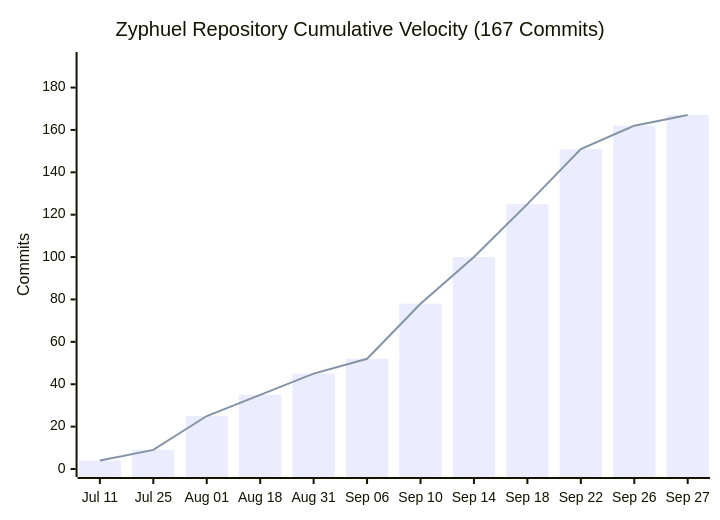
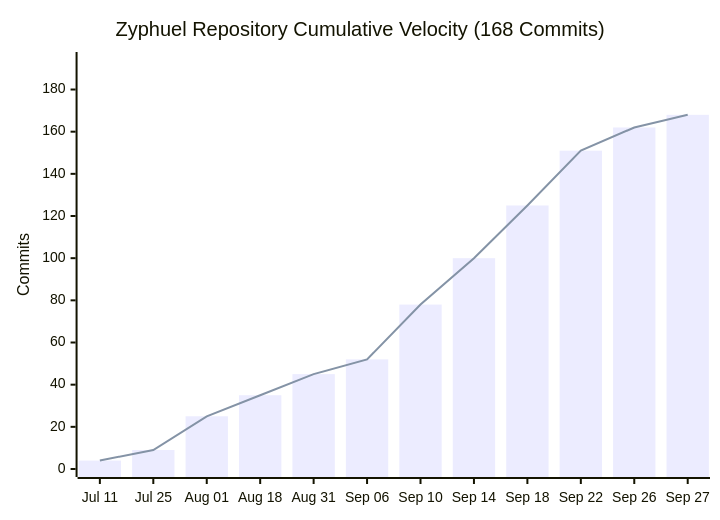
Before and after one commit to daniyal44/Zyphuel: the diagram in README.md, drawn with Mermaid. The commit also changed other lines of this file and 26 other files, not shown here.

````diff
--- a/README.md
+++ b/README.md
@@ -155,8 +155,8 @@
 ```mermaid
 xychart-beta
-    title "Zyphuel Repository Cumulative Velocity (167 Commits)"
+    title "Zyphuel Repository Cumulative Velocity (168 Commits)"
     x-axis ["Jul 11", "Jul 25", "Aug 01", "Aug 18", "Aug 31", "Sep 06", "Sep 10", "Sep 14", "Sep 18", "Sep 22", "Sep 26", "Sep 27"]
-    y-axis "Commits" 0 --> 193
-    bar [4, 9, 25, 35, 45, 52, 78, 100, 125, 151, 162, 167]
-    line [4, 9, 25, 35, 45, 52, 78, 100, 125, 151, 162, 167]
+    y-axis "Commits" 0 --> 194
+    bar [4, 9, 25, 35, 45, 52, 78, 100, 125, 151, 162, 168]
+    line [4, 9, 25, 35, 45, 52, 78, 100, 125, 151, 162, 168]
 ```
````
